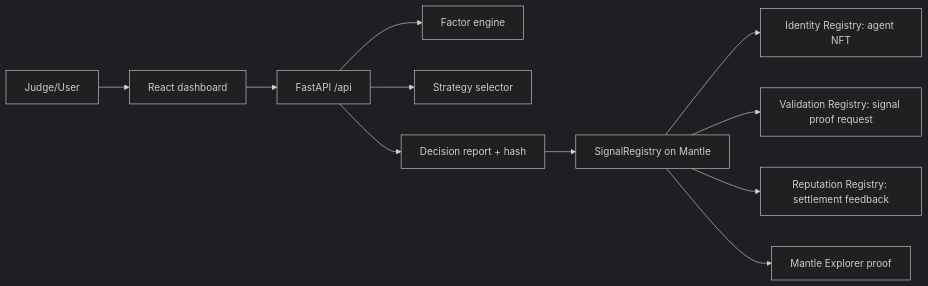
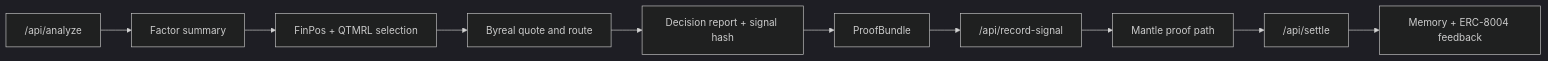
One commit to wuliangqi9-hue/quantagent-alpha-registry changed the diagram in README.md. Above: the diagram before and after it, drawn with Mermaid (dark theme). The commit also changed other lines of this file and 40 other files, not shown here.

Commit message:
Prepare QuantAgent for Mantle agentic demo

````diff
--- a/README.md
+++ b/README.md
@@ -80,13 +161,12 @@
 ```mermaid
 flowchart LR
-  A["Judge/User"] --> B["React dashboard"]
-  B --> C["FastAPI /api"]
-  C --> D["Factor engine"]
-  C --> E["Strategy selector"]
-  C --> F["Decision report + hash"]
-  F --> G["SignalRegistry on Mantle"]
-  G --> H["Identity Registry: agent NFT"]
-  G --> I["Validation Registry: signal proof request"]
-  G --> J["Reputation Registry: settlement feedback"]
-  G --> K["Mantle Explorer proof"]
+  A["/api/analyze"] --> B["Factor summary"]
+  B --> C["FinPos + QTMRL selection"]
+  C --> D["Byreal quote and route"]
+  D --> E["Decision report + signal hash"]
+  E --> F["ProofBundle"]
+  F --> G["/api/record-signal"]
+  G --> H["Mantle proof path"]
+  H --> I["/api/settle"]
+  I --> J["Memory + ERC-8004 feedback"]
 ```
````
